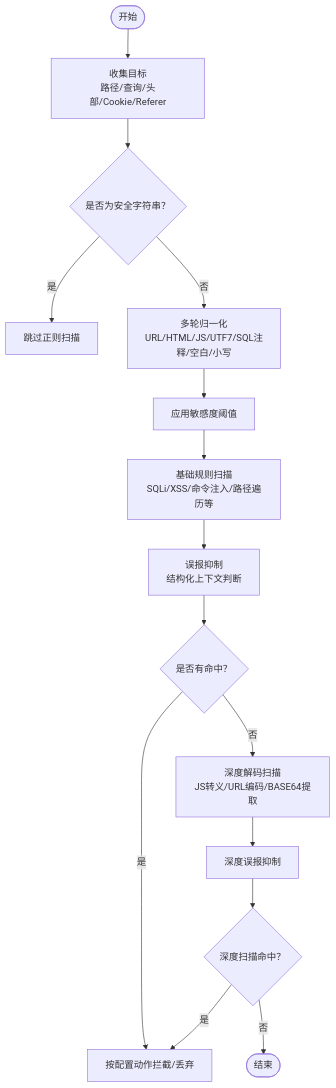
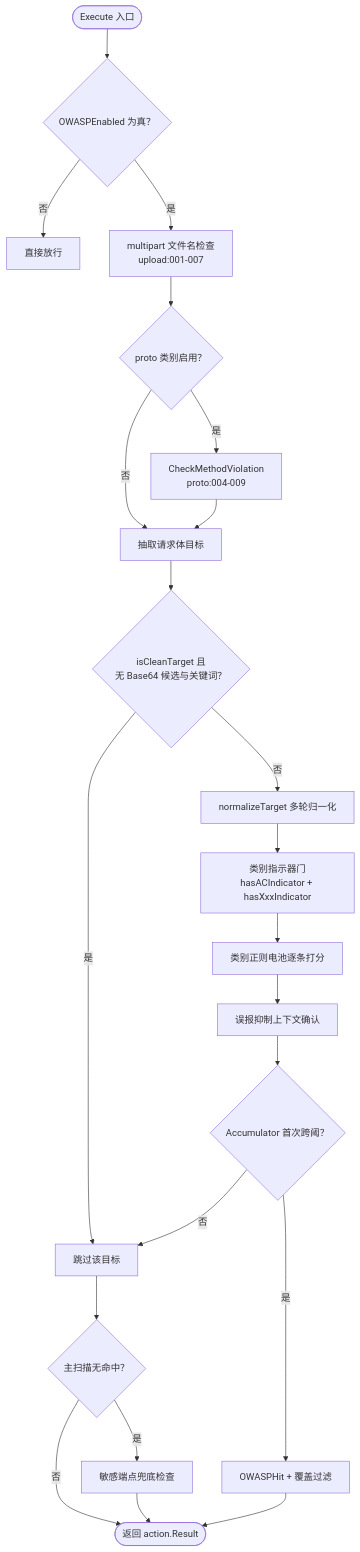
Before and after one commit to x01n/My-OpenWaf: the third of 6 diagrams in docs/安全防护功能/OWASP 检测/OWASP 检测.md, drawn with Mermaid. The commit also changed other lines of this file and 622 other files, not shown here.

````diff
--- a/docs/安全防护功能/OWASP 检测/OWASP 检测.md
+++ b/docs/安全防护功能/OWASP 检测/OWASP 检测.md
@@ -118,17 +216,24 @@
 ```mermaid
 flowchart TD
-Start(["开始"]) --> Collect["收集目标<br/>路径/查询/头部/Cookie/Referer"]
-Collect --> CleanCheck{"是否为安全字符串？"}
-CleanCheck --> |是| Skip["跳过正则扫描"]
-CleanCheck --> |否| Normalize["多轮归一化<br/>URL/HTML/JS/UTF7/SQL注释/空白/小写"]
-Normalize --> Threshold["应用敏感度阈值"]
-Threshold --> Scan["基础规则扫描<br/>SQLi/XSS/命令注入/路径遍历等"]
-Scan --> FP["误报抑制<br/>结构化上下文判断"]
-FP --> Hits{"是否有命中？"}
-Hits --> |是| Action["按配置动作拦截/丢弃"]
-Hits --> |否| DeepScan["深度解码扫描<br/>JS转义/URL编码/BASE64提取"]
-DeepScan --> DeepFP["深度误报抑制"]
-DeepFP --> DeepHits{"深度扫描命中？"}
-DeepHits --> |是| Action
-DeepHits --> |否| Done(["结束"])
+Start(["Execute 入口"]) --> Enabled{"OWASPEnabled 为真？"}
+Enabled --> |否| Pass["直接放行"]
+Enabled --> |是| Upload["multipart 文件名检查<br/>upload:001-007"]
+Upload --> Proto{"proto 类别启用？"}
+Proto --> |是| Method["CheckMethodViolation<br/>proto:004-009"]
+Proto --> |否| Body["抽取请求体目标"]
+Method --> Body
+Body --> Clean{"isCleanTarget 且<br/>无 Base64 候选与关键词？"}
+Clean --> |是| Next["跳过该目标"]
+Clean --> |否| Norm["normalizeTarget 多轮归一化"]
+Norm --> Gate["类别指示器门<br/>hasACIndicator + hasXxxIndicator"]
+Gate --> Battery["类别正则电池逐条打分"]
+Battery --> FP["误报抑制上下文确认"]
+FP --> Acc{"Accumulator 首次跨阈？"}
+Acc --> |否| Next
+Acc --> |是| Result["OWASPHit + 覆盖过滤"]
+Next --> Endpoint{"主扫描无命中？"}
+Endpoint --> |是| SENS["敏感端点兜底检查"]
+Endpoint --> |否| Done(["返回 action.Result"])
+SENS --> Done
+Result --> Done
 ```
````
